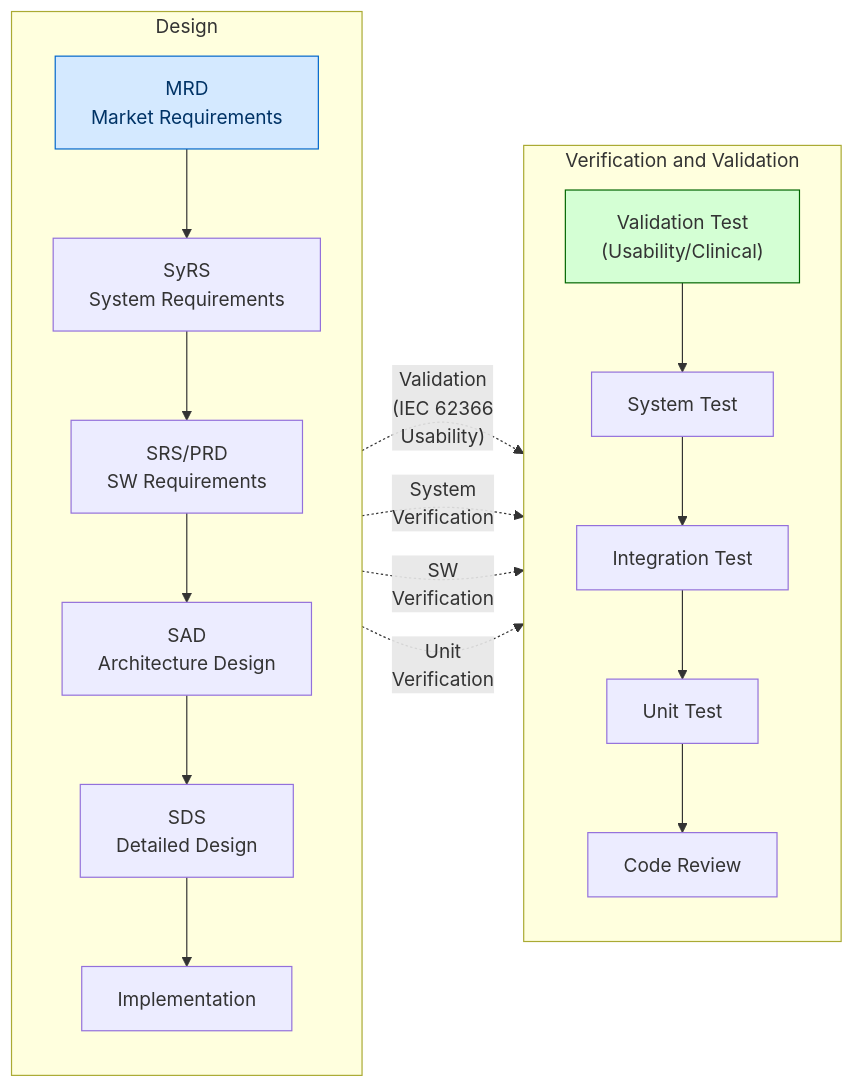
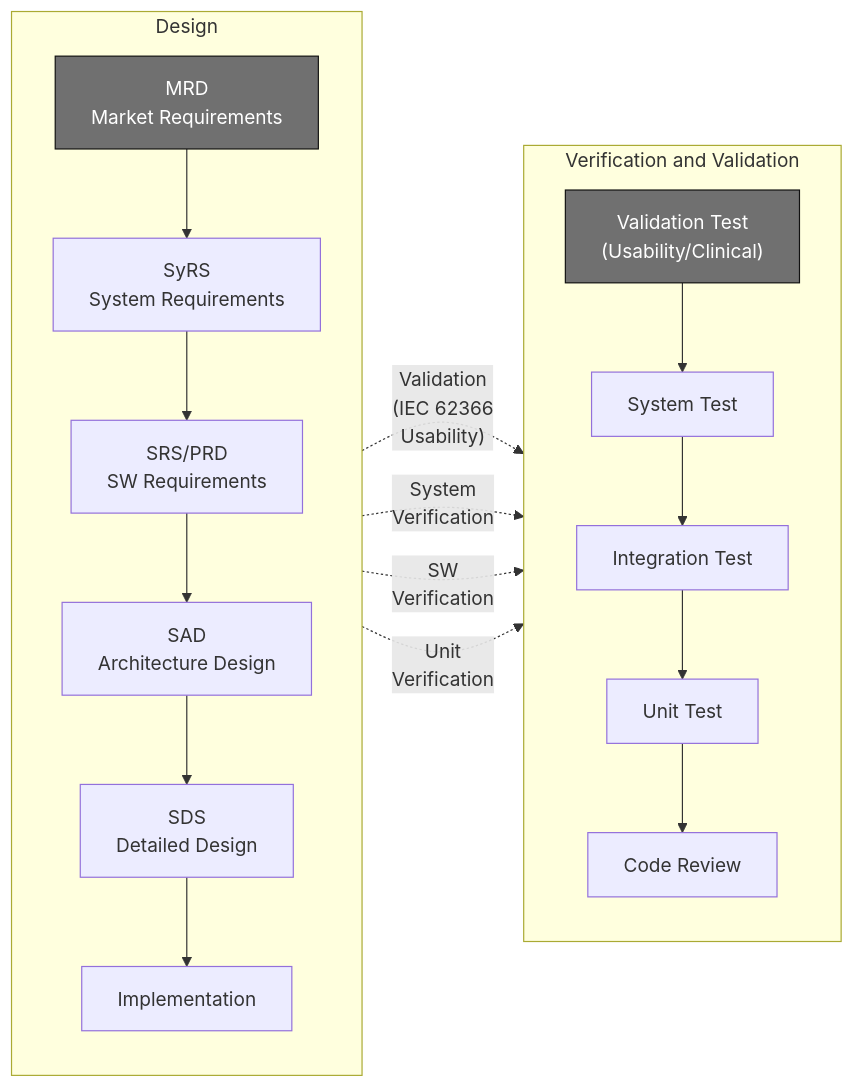
One commit to holee9/console-gui changed the fifth of 7 diagrams in docs/planning/DOC-001_MRD_v3.0.md. Above: the diagram before and after it, drawn with Mermaid. The commit also changed other lines of this file, not shown here.

First line of the commit message:
style: MRD v3.0 머메이드 차트 컬러 → 흑백(어두운 회색) 통일

````diff
--- a/docs/planning/DOC-001_MRD_v3.0.md
+++ b/docs/planning/DOC-001_MRD_v3.0.md
@@ -605,40 +605,40 @@
 ```mermaid
 flowchart LR
     subgraph Left["Design"]
         direction TB
         MRD_box["MRD\nMarket Requirements"]
         SyRS_box["SyRS\nSystem Requirements"]
         SRS_box["SRS/PRD\nSW Requirements"]
         SAD_box["SAD\nArchitecture Design"]
         SDS_box["SDS\nDetailed Design"]
         Code_box["Implementation"]
 
         MRD_box --> SyRS_box
         SyRS_box --> SRS_box
         SRS_box --> SAD_box
         SAD_box --> SDS_box
         SDS_box --> Code_box
     end
 
     subgraph Right["Verification and Validation"]
         direction TB
         VT_box["Validation Test\n(Usability/Clinical)"]
         SysT_box["System Test"]
         IntT_box["Integration Test"]
         UnitT_box["Unit Test"]
         Code_box2["Code Review"]
 
         VT_box --> SysT_box
         SysT_box --> IntT_box
         IntT_box --> UnitT_box
         UnitT_box --> Code_box2
     end
 
     MRD_box -.->|"Validation\n(IEC 62366\nUsability)"| VT_box
     SyRS_box -.->|"System\nVerification"| SysT_box
     SRS_box -.->|"SW\nVerification"| IntT_box
     SDS_box -.->|"Unit\nVerification"| UnitT_box
 
-    style MRD_box fill:#D4E9FF,stroke:#0066CC,color:#003366
-    style VT_box fill:#D4FFD4,stroke:#006600
+    style MRD_box fill:#707070,stroke:#111111,color:#FFFFFF
+    style VT_box fill:#707070,stroke:#111111,color:#FFFFFF
 ```
````
